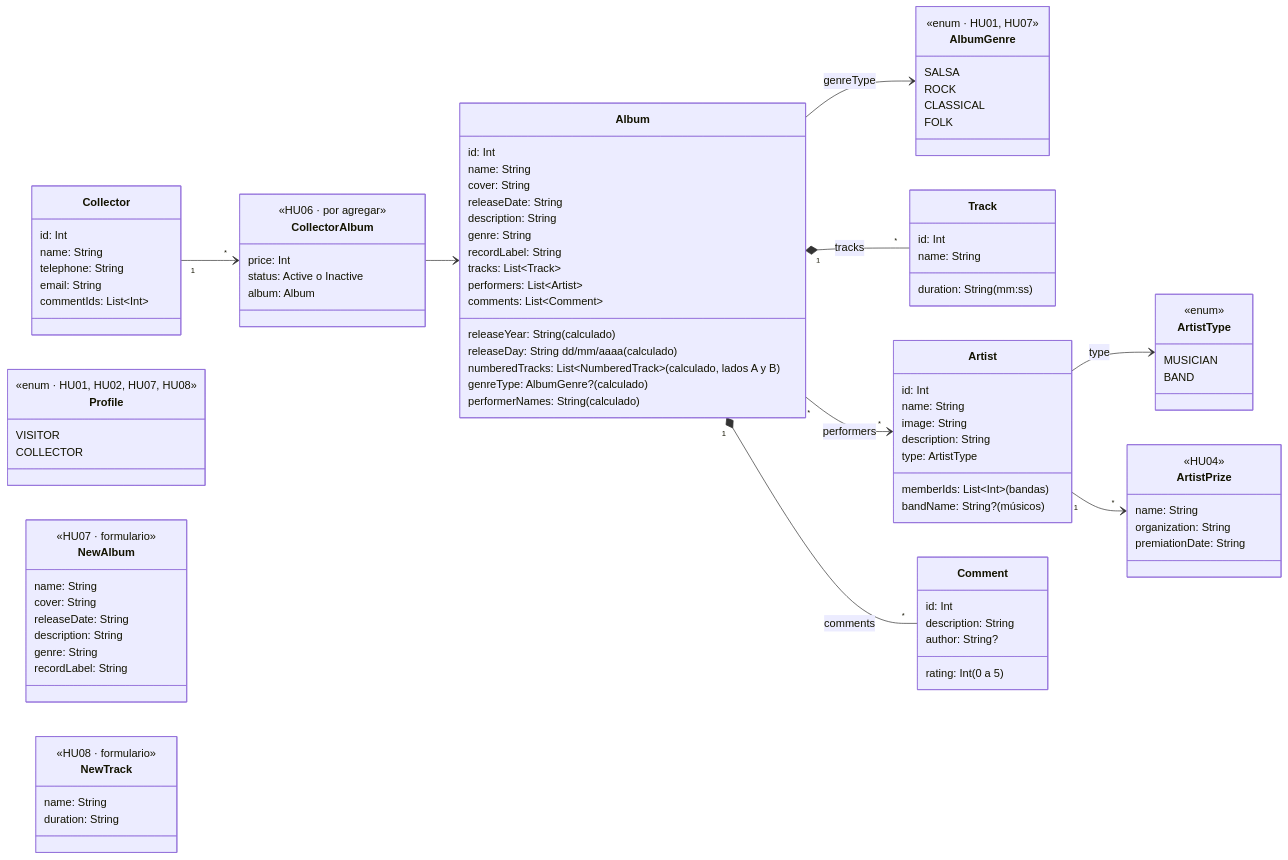
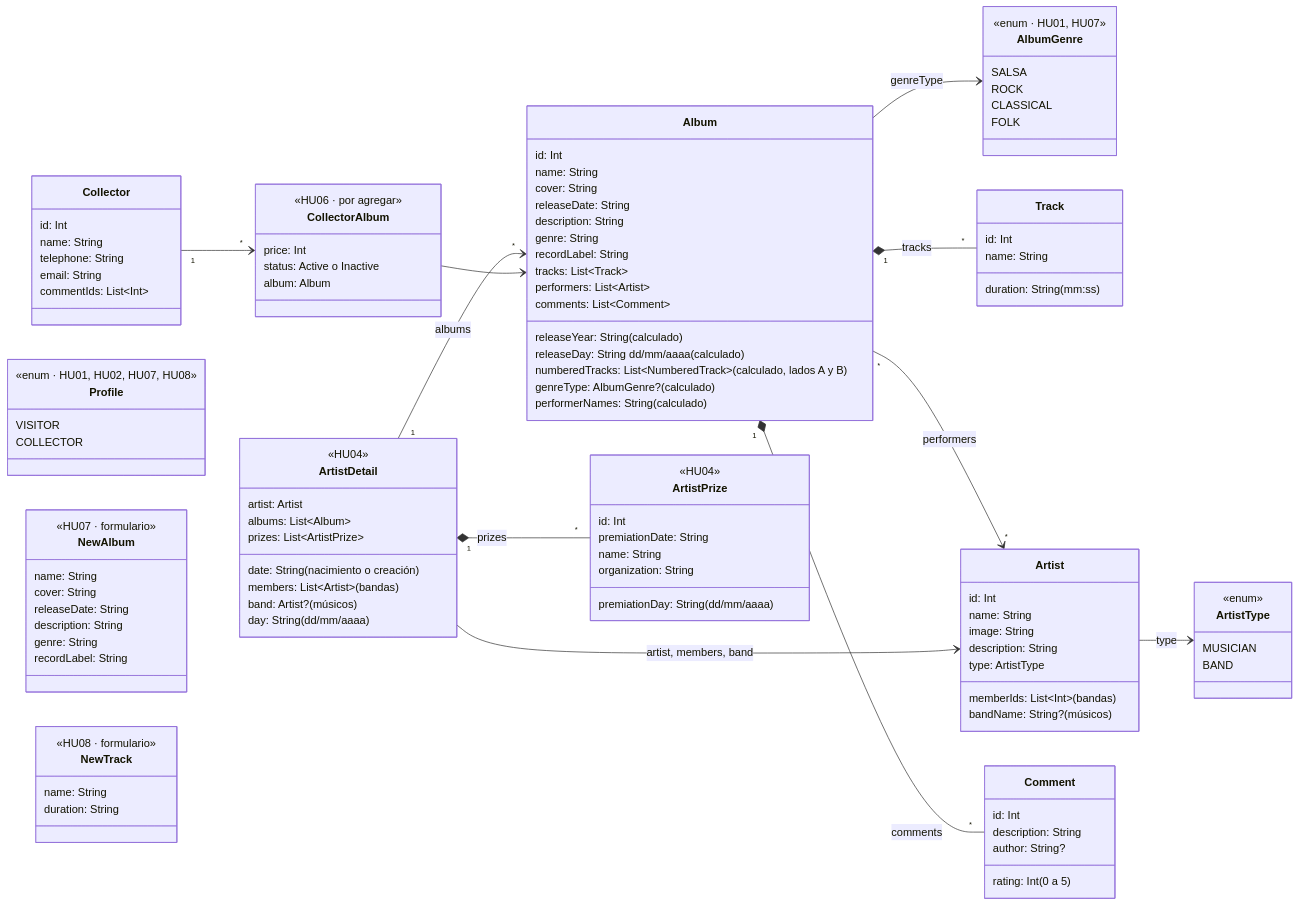
The third of 4 diagrams in docs/App-technical-documentation.md (jhon0520/Andes-Vynils-App), drawn with Mermaid before and after one commit.

Commit message:
Cambios AHU-4 (#42)

````diff
--- a/docs/App-technical-documentation.md
+++ b/docs/App-technical-documentation.md
@@ -156,11 +156,23 @@
         rating: Int (0 a 5)
         author: String?
     }
+    class ArtistDetail {
+        <<HU04>>
+        artist: Artist
+        date: String (nacimiento o creación)
+        members: List~Artist~ (bandas)
+        band: Artist? (músicos)
+        albums: List~Album~
+        prizes: List~ArtistPrize~
+        day: String (dd/mm/aaaa)
+    }
     class ArtistPrize {
         <<HU04>>
+        id: Int
+        premiationDate: String
         name: String
         organization: String
-        premiationDate: String
+        premiationDay: String (dd/mm/aaaa)
     }
     class CollectorAlbum {
         <<HU06 · por agregar>>
@@ -193,7 +205,9 @@
     Album "*" --> "*" Artist : performers
     Album "1" *-- "*" Comment : comments
     Artist --> ArtistType : type
-    Artist "1" --> "*" ArtistPrize
+    ArtistDetail --> Artist : artist, members, band
+    ArtistDetail "1" --> "*" Album : albums
+    ArtistDetail "1" *-- "*" ArtistPrize : prizes
     Collector "1" --> "*" CollectorAlbum
     CollectorAlbum --> Album
 ```
````
